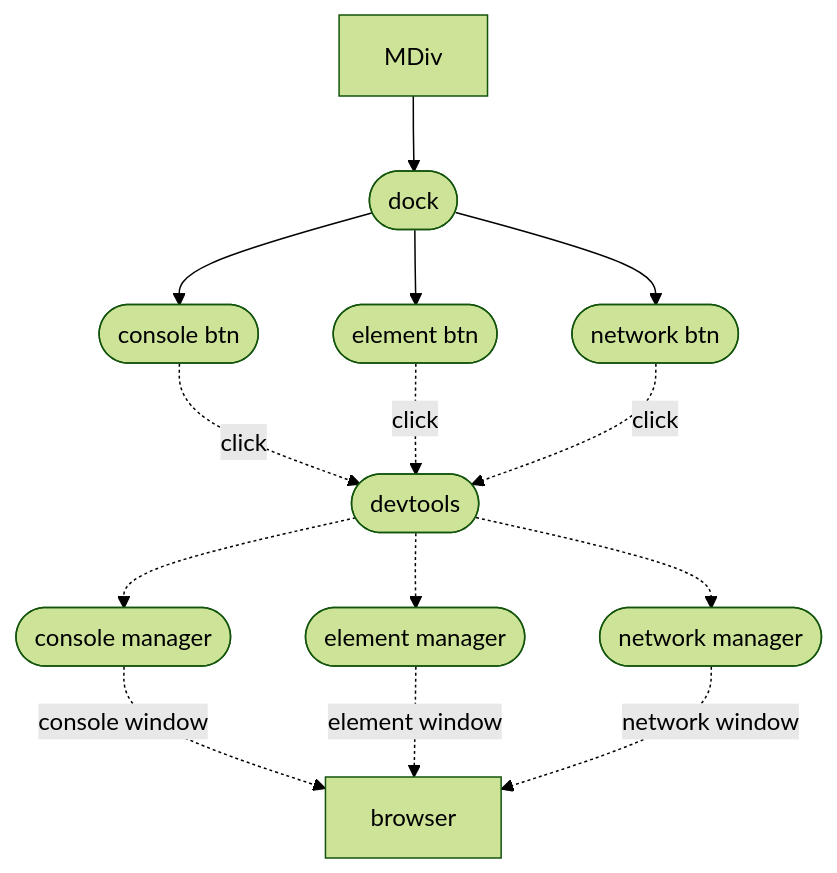
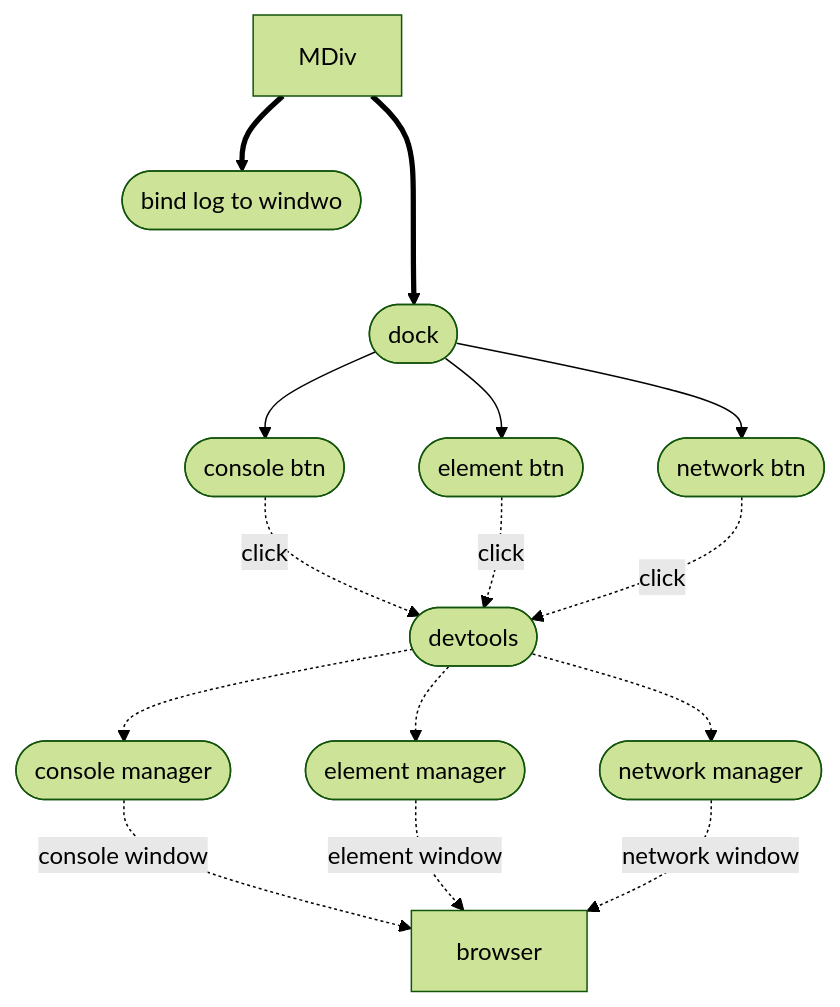
The first of 2 diagrams in README.md (moo-m/MDev), drawn with Mermaid (forest theme) before and after one commit.

````diff
--- a/README.md
+++ b/README.md
@@ -91,39 +91,43 @@
 ```mermaid
 flowchart TB
 
 MDiv[MDiv]
 
 Dock([dock])
+
+Bind([bind log to windwo])
 
 ConsoleBtn([console btn])
 ElementBtn([element btn])
 NetworkBtn([network btn])
 
 DevTools([devtools])
 
 ConsoleManager([console manager])
 ElementManager([element manager])
 NetworkManager([network manager])
 
 Browser[browser]
 
-MDiv --> Dock
+MDiv ===> Dock
+
+MDiv==>Bind
 
 Dock --> ConsoleBtn
 Dock --> ElementBtn
 Dock --> NetworkBtn
 
 ConsoleBtn -.-> |click| DevTools
 ElementBtn -.-> |click| DevTools
 NetworkBtn -.-> |click| DevTools
 
 DevTools -.-> ConsoleManager
 DevTools -.-> ElementManager
 DevTools -.-> NetworkManager
 
 ConsoleManager -. console window .-> Browser
 ElementManager -. element window .-> Browser
 NetworkManager -. network window .-> Browser
 
-
+	linkStyle 12 color:#000000
 ```
````
